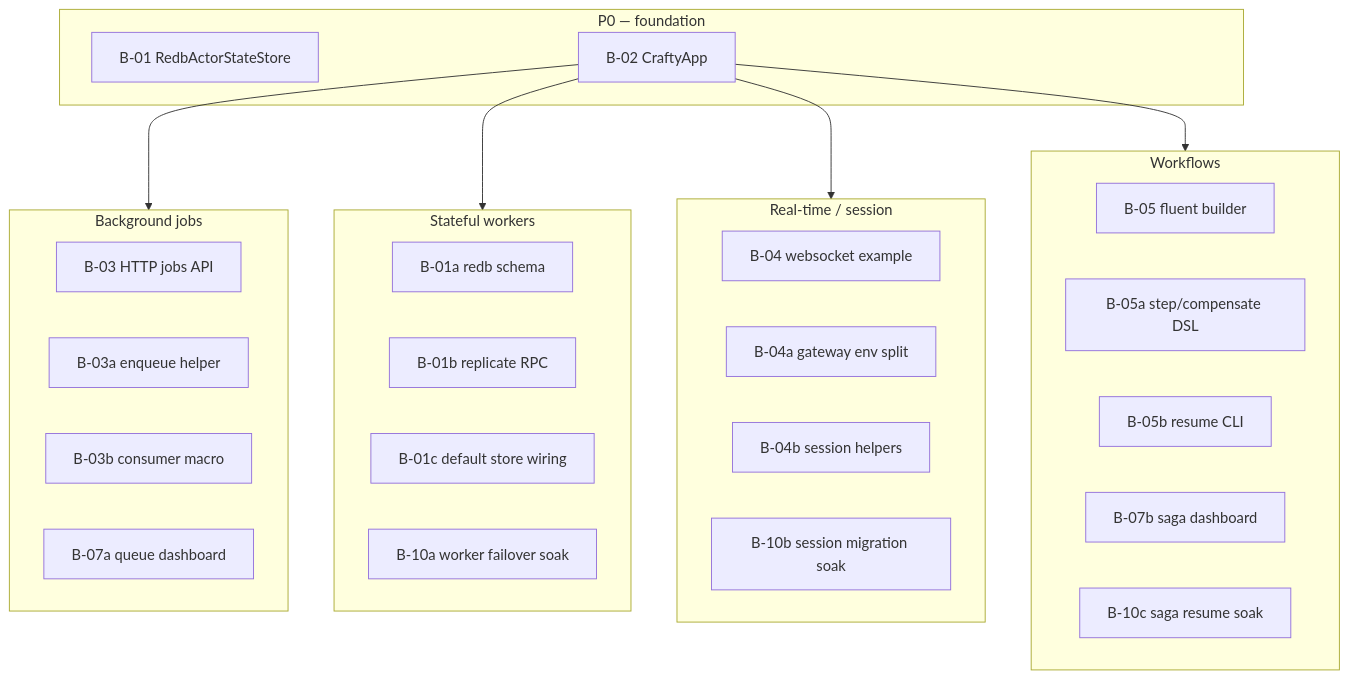
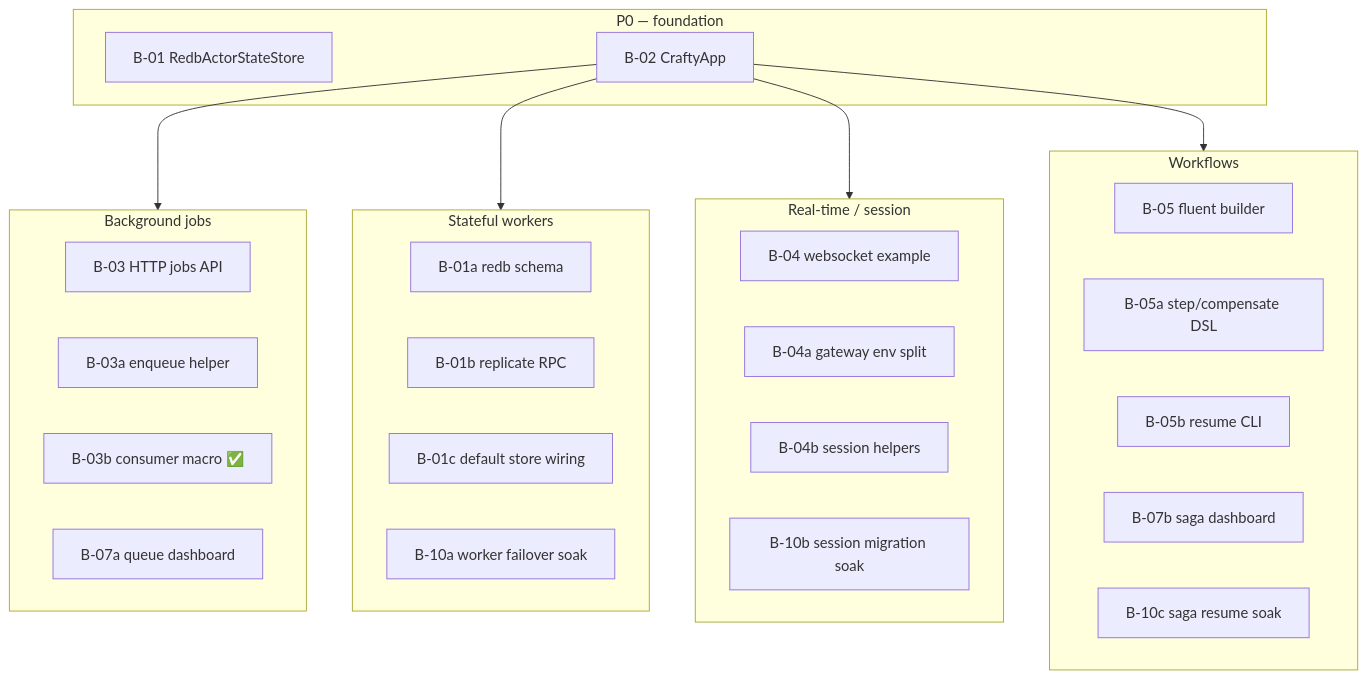
Before and after one commit to lemarco/craft: the diagram in docs/backlog.md, drawn with Mermaid. The commit also changed other lines of this file and 13 other files, not shown here.

````diff
--- a/docs/backlog.md
+++ b/docs/backlog.md
@@ -53,42 +53,42 @@
 ```mermaid
 flowchart TB
     subgraph P0["P0 — foundation"]
         B01[B-01 RedbActorStateStore]
         B02[B-02 CraftyApp]
     end
 
     subgraph Jobs["Background jobs"]
         B03[B-03 HTTP jobs API]
         B03a[B-03a enqueue helper]
-        B03b[B-03b consumer macro]
+        B03b[B-03b consumer macro ✅]
         B07a[B-07a queue dashboard]
     end
 
     subgraph Workers["Stateful workers"]
         B01
         B01a[B-01a redb schema]
         B01b[B-01b replicate RPC]
         B01c[B-01c default store wiring]
         B10a[B-10a worker failover soak]
     end
 
     subgraph Sessions["Real-time / session"]
         B04[B-04 websocket example]
         B04a[B-04a gateway env split]
         B04b[B-04b session helpers]
         B10b[B-10b session migration soak]
     end
 
     subgraph Workflows["Workflows"]
         B05[B-05 fluent builder]
         B05a[B-05a step/compensate DSL]
         B05b[B-05b resume CLI]
         B07b[B-07b saga dashboard]
         B10c[B-10c saga resume soak]
     end
 
     B02 --> Jobs
     B02 --> Workers
     B02 --> Sessions
     B02 --> Workflows
 ```
````
